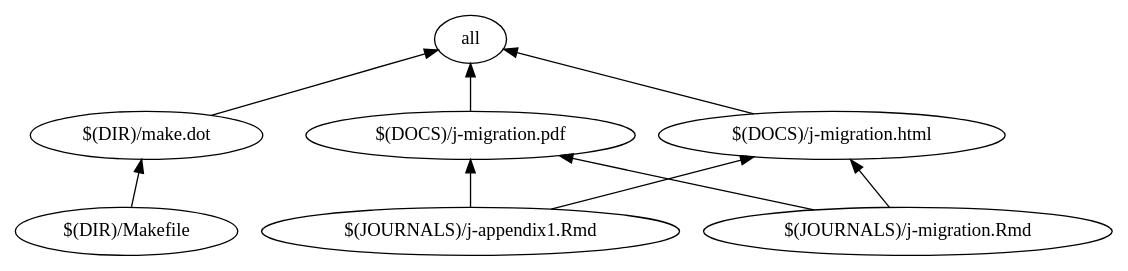
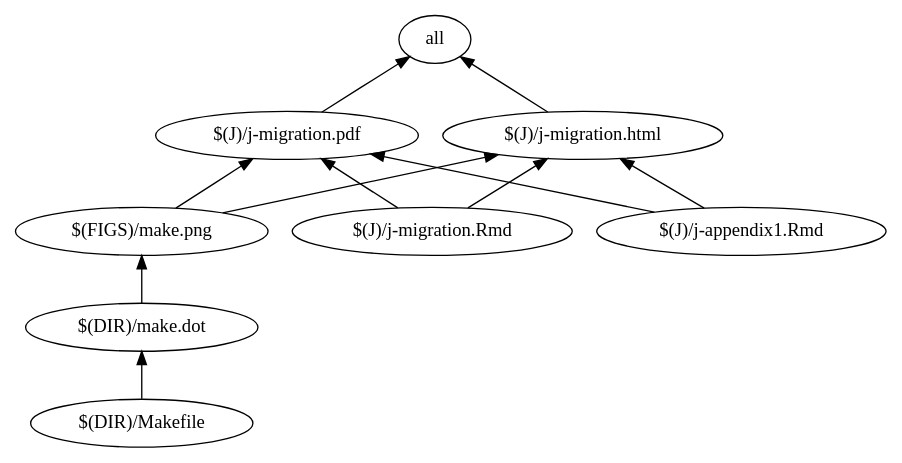
The diagram in make.dot (majazaloznik/vn), drawn with Graphviz before and after one commit. The commit also changed 6 other files, not shown here.

Commit message:
make file, lovely dot and png vizualisation, all works

```diff
--- a/make.dot
+++ b/make.dot
@@ -1,15 +1,18 @@
 digraph G {
 	rankdir="BT"
 	"all"
-	"$(DIR)/make.dot" -> "all"
-	"$(DOCS)/j-migration.html" -> "all"
-	"$(DOCS)/j-migration.pdf" -> "all"
+	"$(J)/j-migration.pdf" -> "all"
+	"$(J)/j-migration.html" -> "all"
 	"$(DIR)/make.dot"
 	"$(DIR)/Makefile" -> "$(DIR)/make.dot"
-	"$(DOCS)/j-migration.html"
-	"$(JOURNALS)/j-migration.Rmd" -> "$(DOCS)/j-migration.html"
-	"$(JOURNALS)/j-appendix1.Rmd" -> "$(DOCS)/j-migration.html"
-	"$(DOCS)/j-migration.pdf"
-	"$(JOURNALS)/j-migration.Rmd" -> "$(DOCS)/j-migration.pdf"
-	"$(JOURNALS)/j-appendix1.Rmd" -> "$(DOCS)/j-migration.pdf"
+	"$(FIGS)/make.png"
+	"$(DIR)/make.dot" -> "$(FIGS)/make.png"
+	"$(J)/j-migration.html"
+	"$(J)/j-migration.Rmd" -> "$(J)/j-migration.html"
+	"$(J)/j-appendix1.Rmd" -> "$(J)/j-migration.html"
+	"$(FIGS)/make.png" -> "$(J)/j-migration.html"
+	"$(J)/j-migration.pdf"
+	"$(J)/j-migration.Rmd" -> "$(J)/j-migration.pdf"
+	"$(J)/j-appendix1.Rmd" -> "$(J)/j-migration.pdf"
+	"$(FIGS)/make.png" -> "$(J)/j-migration.pdf"
 }
```
